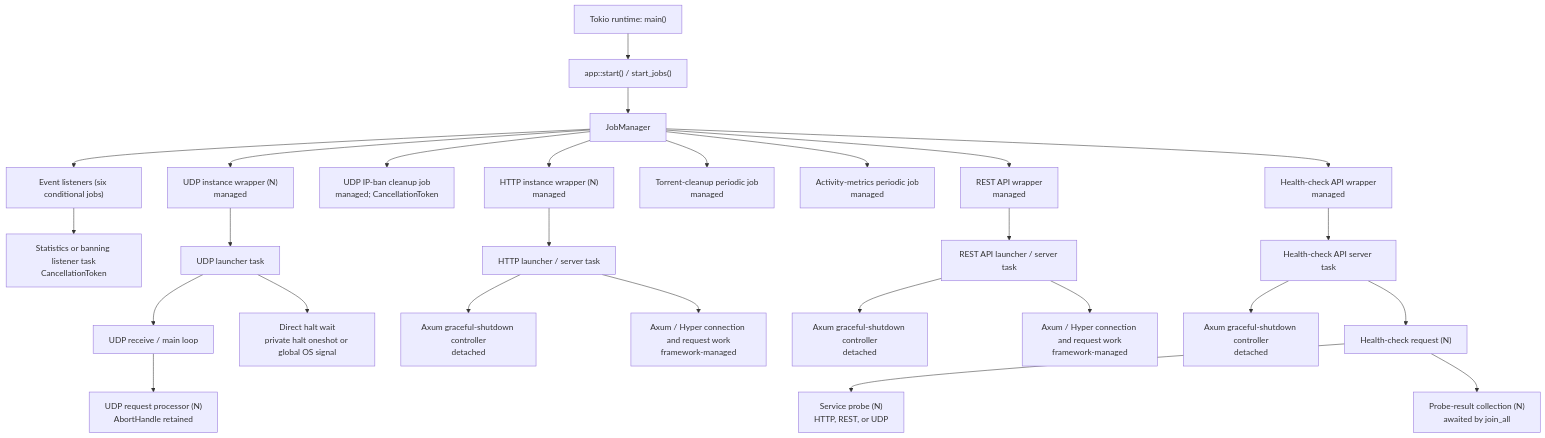
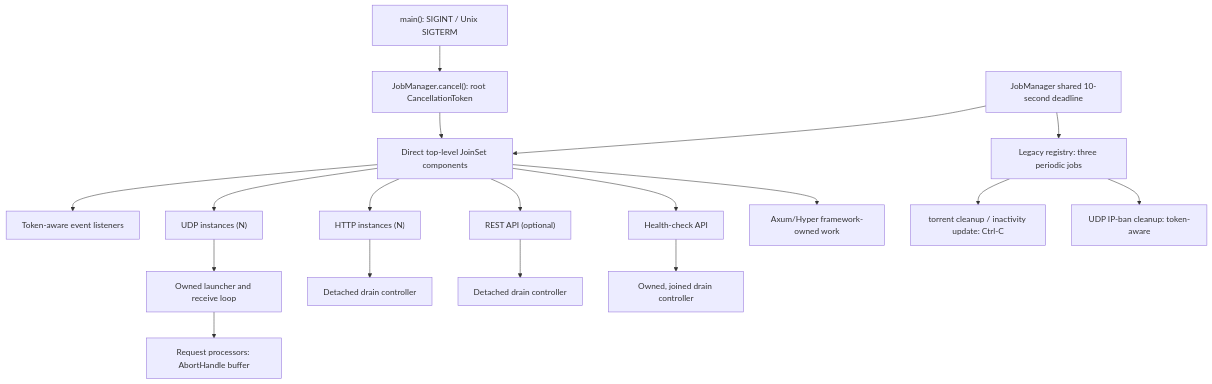
One commit to torrust/torrust-tracker changed the diagram in docs/features/shutdown-process/task-inventory.md. Above: the diagram before and after it, drawn with Mermaid. The commit also changed other lines of this file and 2 other files, not shown here.

Commit message:
docs(shutdown): record task inventory evidence

````diff
--- a/docs/features/shutdown-process/task-inventory.md
+++ b/docs/features/shutdown-process/task-inventory.md
@@ -91,35 +69,20 @@
 ```mermaid
 flowchart TD
-   main["Tokio runtime: main()"] --> app["app::start() / start_jobs()"]
-    app --> manager["JobManager"]
-
-    manager --> listeners["Event listeners (six conditional jobs)"]
-    listeners --> listenerTask["Statistics or banning listener task\nCancellationToken"]
-
-    manager --> udpWrapper["UDP instance wrapper (N)\nmanaged"]
-    udpWrapper --> udpLauncher["UDP launcher task"]
-    udpLauncher --> udpLoop["UDP receive / main loop"]
-   udpLauncher --> udpHalt["Direct halt wait\nprivate halt oneshot or global OS signal"]
-    udpLoop --> udpRequest["UDP request processor (N)\nAbortHandle retained"]
-   manager --> banCleanup["UDP IP-ban cleanup job\nmanaged; CancellationToken"]
-
-    manager --> httpWrapper["HTTP instance wrapper (N)\nmanaged"]
-    httpWrapper --> httpServer["HTTP launcher / server task"]
-    httpServer --> httpDrain["Axum graceful-shutdown controller\ndetached"]
-    httpServer --> httpFramework["Axum / Hyper connection and request work\nframework-managed"]
-
-    manager --> cleanup["Torrent-cleanup periodic job\nmanaged"]
-    manager --> metrics["Activity-metrics periodic job\nmanaged"]
-
-    manager --> restWrapper["REST API wrapper\nmanaged"]
-    restWrapper --> restServer["REST API launcher / server task"]
-    restServer --> restDrain["Axum graceful-shutdown controller\ndetached"]
-    restServer --> restFramework["Axum / Hyper connection and request work\nframework-managed"]
-
-    manager --> healthWrapper["Health-check API wrapper\nmanaged"]
-    healthWrapper --> healthServer["Health-check API server task"]
-    healthServer --> healthDrain["Axum graceful-shutdown controller\ndetached"]
-    healthServer --> healthRequest["Health-check request (N)"]
-    healthRequest --> probe["Service probe (N)\nHTTP, REST, or UDP"]
-    healthRequest --> collect["Probe-result collection (N)\nawaited by join_all"]
+    main["main(): SIGINT / Unix SIGTERM"] --> cancel["JobManager.cancel(): root CancellationToken"]
+    cancel --> direct["Direct top-level JoinSet components"]
+    direct --> listeners["Token-aware event listeners"]
+    direct --> udp["UDP instances (N)"]
+    udp --> udpLauncher["Owned launcher and receive loop"]
+    udpLauncher --> udpRequests["Request processors: AbortHandle buffer"]
+    direct --> http["HTTP instances (N)"]
+    http --> httpController["Detached drain controller"]
+    direct --> rest["REST API (optional)"]
+    rest --> restController["Detached drain controller"]
+    direct --> health["Health-check API"]
+    health --> healthController["Owned, joined drain controller"]
+    direct --> framework["Axum/Hyper framework-owned work"]
+    manager["JobManager shared 10-second deadline"] --> direct
+    manager --> legacy["Legacy registry: three periodic jobs"]
+    legacy --> cleanup["torrent cleanup / inactivity update: Ctrl-C"]
+    legacy --> ban["UDP IP-ban cleanup: token-aware"]
 ```
````
